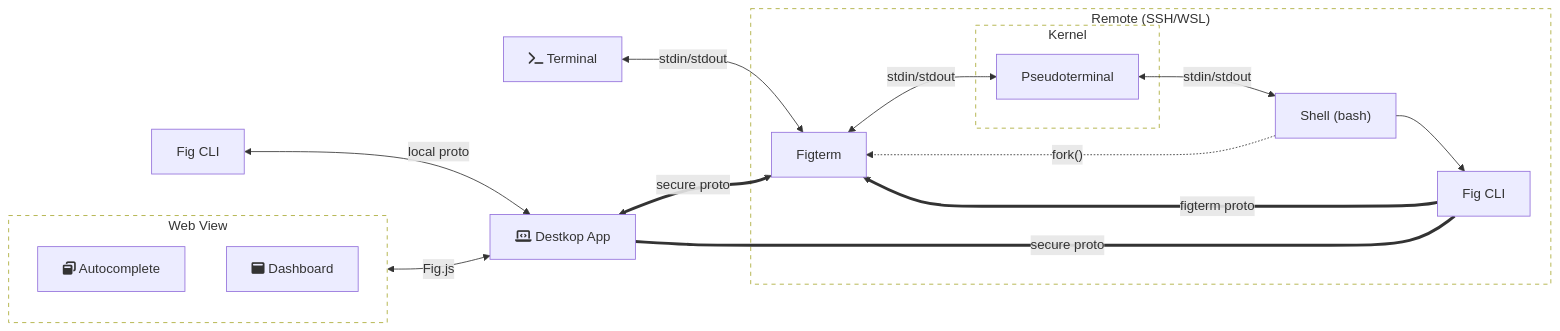
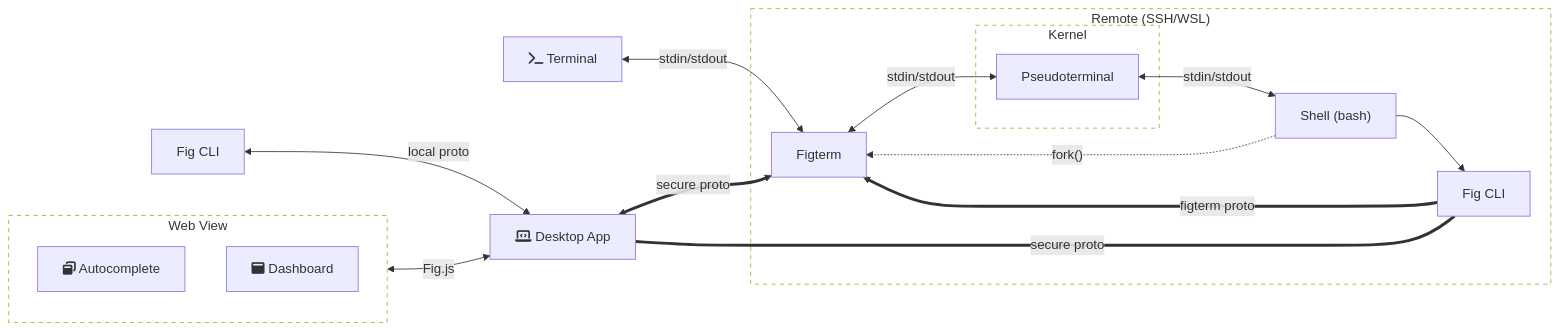
Before and after one commit to aws/q-cli: the diagram in README.md, drawn with Mermaid. The commit also changed other lines of this file and 88 other files, not shown here.

````diff
--- a/README.md
+++ b/README.md
@@ -6,47 +6,47 @@
 ```mermaid
 %%{
   init: {
     "fontFamily": "monospace"
   }
 }%%
 
 flowchart LR
     term[fa:fa-terminal Terminal]
     click term href "https://en.wikipedia.org/wiki/Terminal_emulator"
-      desktop[fa:fa-laptop-code Destkop App]
+      desktop[fa:fa-laptop-code Desktop App]
     click desktop href "https://github.com/withfig/macos/tree/HEAD/fig_desktop"
     subgraph webview[Web View]
       style webview fill:transparent,stroke-dasharray: 5 5
       autocomplete[fa:fa-window-restore Autocomplete]
       click autocomplete href "https://www.github.com/withfig/autocomplete-engine"
       dashboard[fa:fa-window-maximize Dashboard]
       click dashboard href "https://www.github.com/withfig/mission-control"
     end
     localCli[Fig CLI]
     click localCli href "https://github.com/withfig/macos/tree/HEAD/fig_cli"
     subgraph remote["Remote (SSH/WSL)"]
       style remote fill:transparent,stroke-dasharray: 5 5
       figterm[Figterm]
       click figterm href "https://github.com/withfig/macos/tree/HEAD/figterm"
       shell["Shell (bash)"]
       click shell href "https://en.wikipedia.org/wiki/Unix_shell"
       remoteCli[Fig CLI]
       click remoteCli href "https://github.com/withfig/macos/tree/HEAD/fig_cli"
       subgraph kernel[Kernel]
         style kernel fill:transparent,stroke-dasharray: 5 5
         pseudo[Pseudoterminal]
         click pseudo href "https://en.wikipedia.org/wiki/Pseudoterminal"
       end
     end
 
     localCli <-->|local proto| desktop
     term <-->|stdin/stdout| figterm
     webview <-->|Fig.js| desktop
     desktop <==>|secure proto| figterm 
     figterm <-->|stdin/stdout| pseudo
     pseudo <-->|stdin/stdout| shell
     shell -.->|"fork()"| figterm
     shell --> remoteCli
     remoteCli ==>|figterm proto| figterm
     desktop ===|secure proto| remoteCli
 ```
````
